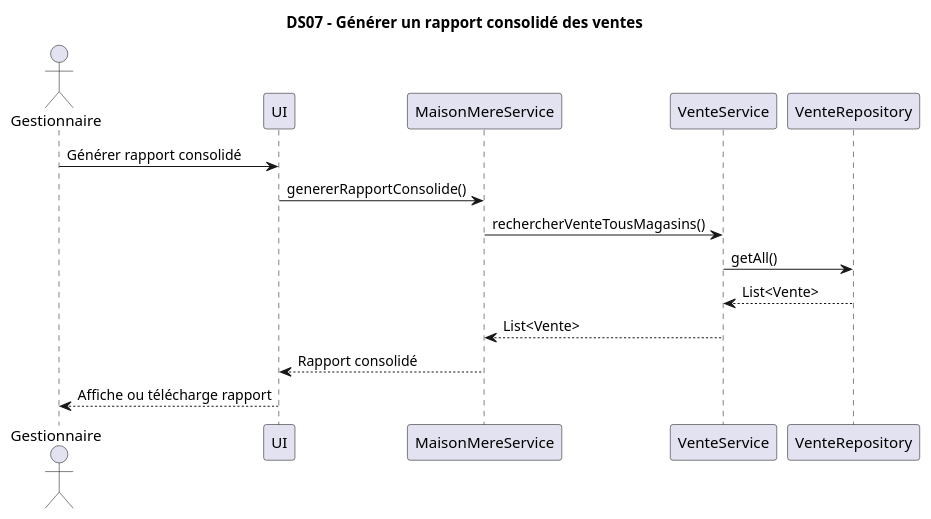
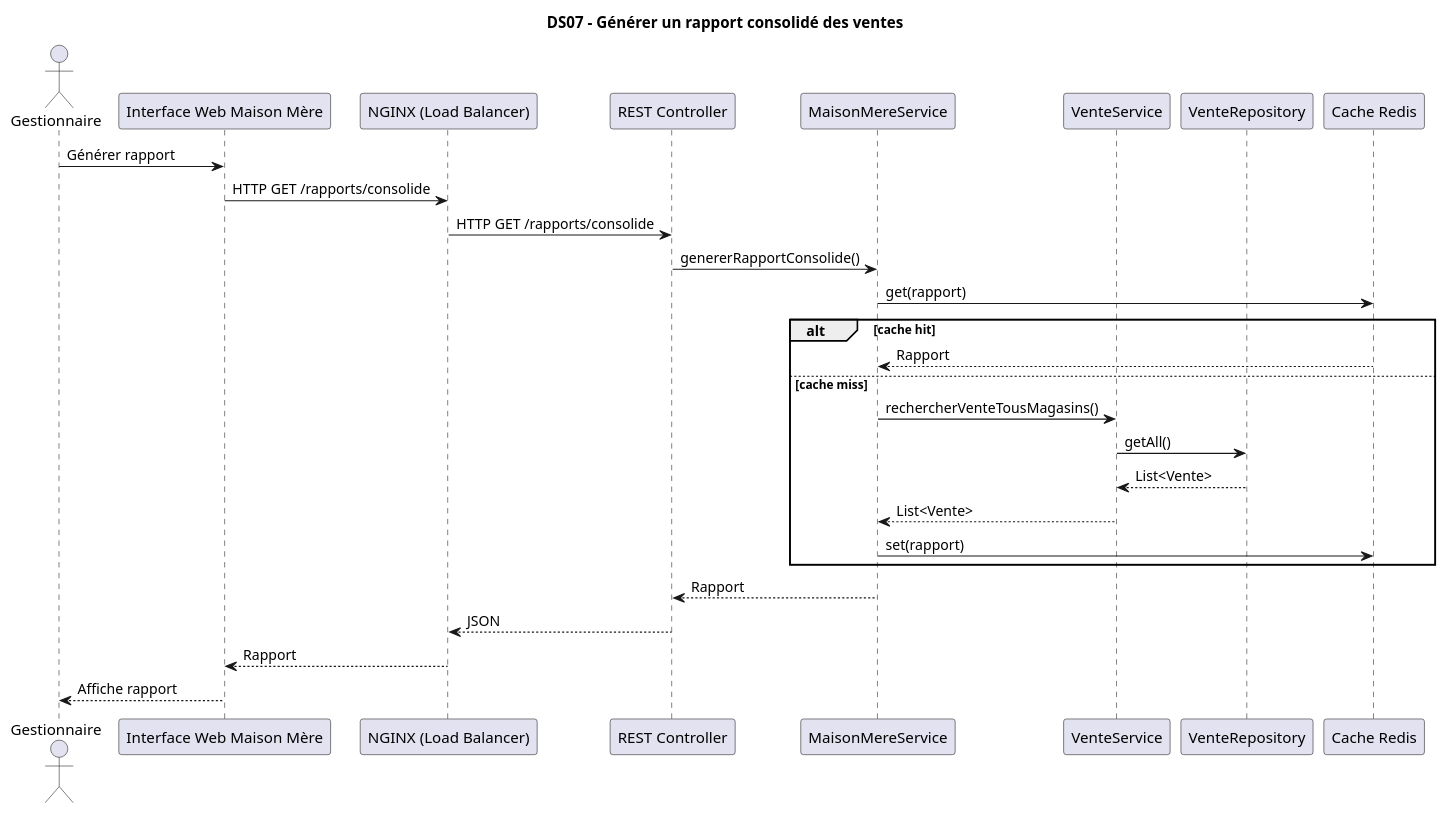
Before and after one commit to NathanGasseau/LOG430-01-Labo-04: the diagram in docs/UML/DiagrammesDeSequence/DS07-GenererRapportVente.puml, drawn with PlantUML. The commit also changed 10 other files, not shown here.

```diff
--- a/docs/UML/DiagrammesDeSequence/DS07-GenererRapportVente.puml
+++ b/docs/UML/DiagrammesDeSequence/DS07-GenererRapportVente.puml
@@ -1,20 +1,31 @@
 @startuml
-
 title DS07 – Générer un rapport consolidé des ventes
 
 actor Gestionnaire
-participant UI
+participant "Interface Web Maison Mère" as UI
+participant "NGINX (Load Balancer)" as NGINX
+participant "REST Controller" as Controller
 participant MaisonMereService
 participant VenteService
 participant VenteRepository
+participant "Cache Redis" as Redis
 
-Gestionnaire -> UI : Générer rapport consolidé
-UI -> MaisonMereService : genererRapportConsolide()
-MaisonMereService -> VenteService : rechercherVenteTousMagasins()
-VenteService -> VenteRepository : getAll()
-VenteRepository --> VenteService : List<Vente>
-VenteService --> MaisonMereService : List<Vente>
-MaisonMereService --> UI : Rapport consolidé
-UI --> Gestionnaire : Affiche ou télécharge rapport
-
+Gestionnaire -> UI : Générer rapport
+UI -> NGINX : HTTP GET /rapports/consolide
+NGINX -> Controller : HTTP GET /rapports/consolide
+Controller -> MaisonMereService : genererRapportConsolide()
+MaisonMereService -> Redis : get(rapport)
+alt cache hit
+  Redis --> MaisonMereService : Rapport
+else cache miss
+  MaisonMereService -> VenteService : rechercherVenteTousMagasins()
+  VenteService -> VenteRepository : getAll()
+  VenteRepository --> VenteService : List<Vente>
+  VenteService --> MaisonMereService : List<Vente>
+  MaisonMereService -> Redis : set(rapport)
+end
+MaisonMereService --> Controller : Rapport
+Controller --> NGINX : JSON
+NGINX --> UI : Rapport
+UI --> Gestionnaire : Affiche rapport
 @enduml
```
